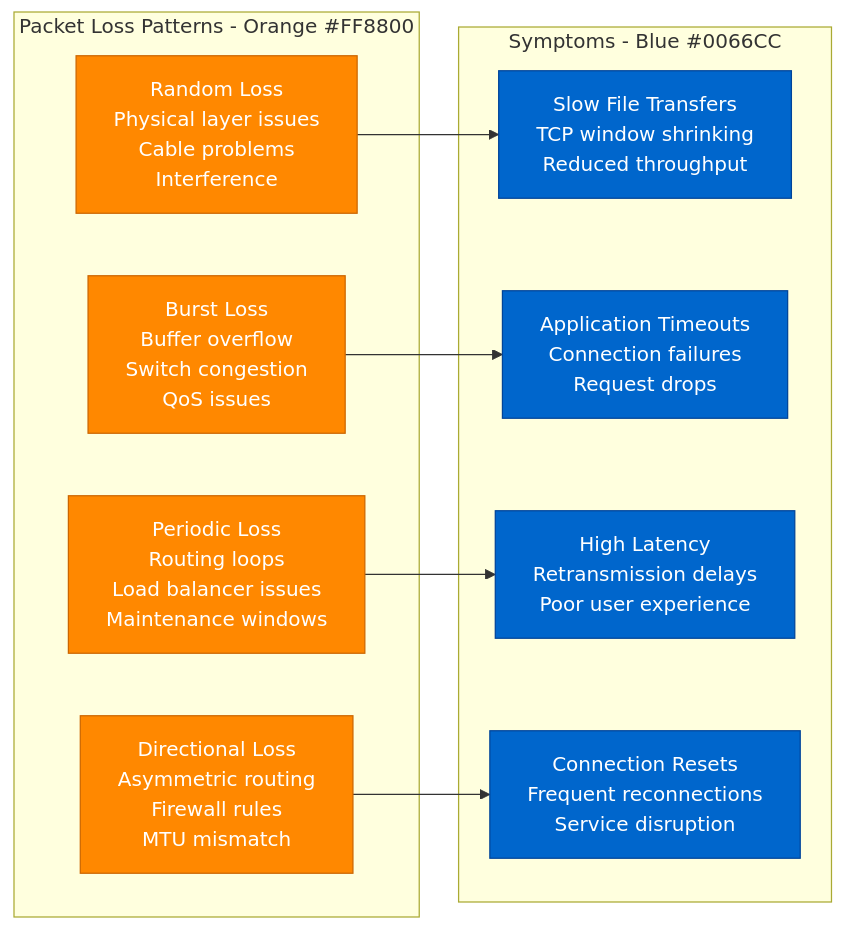
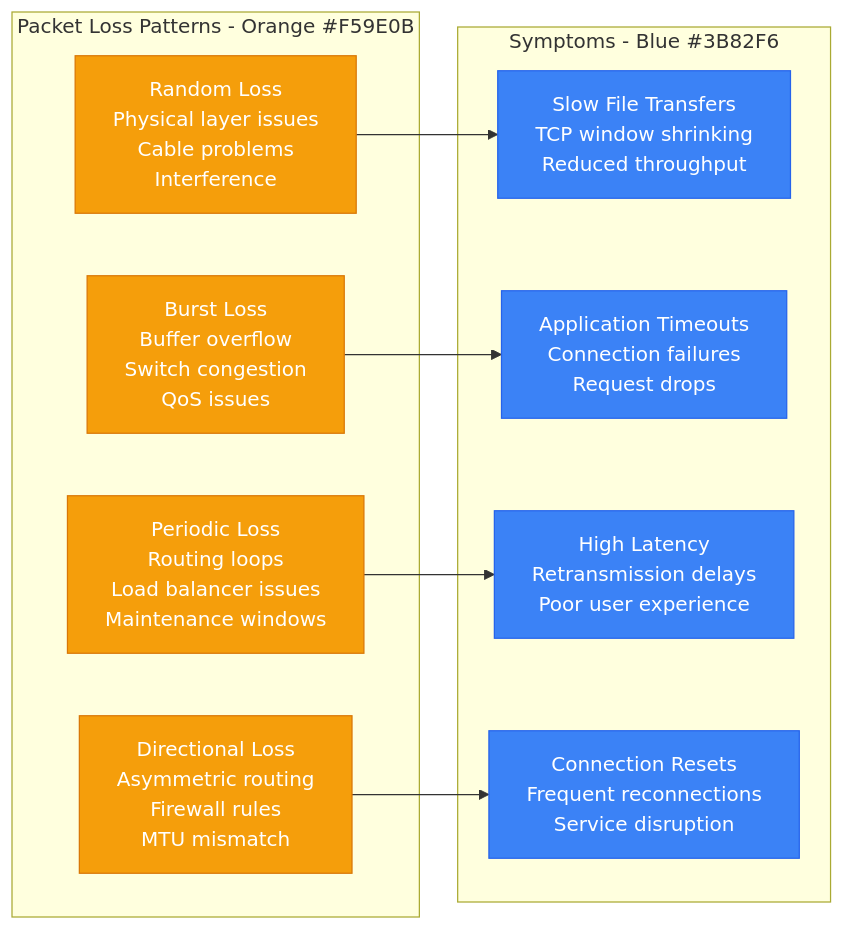
Before and after one commit to deepaucksharma/DS: the third of 3 diagrams in site/docs/debugging/network-packet-loss-debugging.md, drawn with Mermaid. The commit also changed other lines of this file and 187 other files, not shown here.

````diff
--- a/site/docs/debugging/network-packet-loss-debugging.md
+++ b/site/docs/debugging/network-packet-loss-debugging.md
@@ -181,27 +181,27 @@
 ```mermaid
 graph LR
-    subgraph LossPatterns[Packet Loss Patterns - Orange #FF8800]
+    subgraph LossPatterns[Packet Loss Patterns - Orange #F59E0B]
         RANDOM_LOSS[Random Loss<br/>Physical layer issues<br/>Cable problems<br/>Interference]
         BURST_LOSS[Burst Loss<br/>Buffer overflow<br/>Switch congestion<br/>QoS issues]
         PERIODIC_LOSS[Periodic Loss<br/>Routing loops<br/>Load balancer issues<br/>Maintenance windows]
         DIRECTIONAL_LOSS[Directional Loss<br/>Asymmetric routing<br/>Firewall rules<br/>MTU mismatch]
     end
 
-    subgraph Symptoms[Symptoms - Blue #0066CC]
+    subgraph Symptoms[Symptoms - Blue #3B82F6]
         SLOW_TRANSFER[Slow File Transfers<br/>TCP window shrinking<br/>Reduced throughput]
         APP_TIMEOUTS[Application Timeouts<br/>Connection failures<br/>Request drops]
         HIGH_LATENCY[High Latency<br/>Retransmission delays<br/>Poor user experience]
         CONNECTION_RESETS[Connection Resets<br/>Frequent reconnections<br/>Service disruption]
     end
 
     RANDOM_LOSS --> SLOW_TRANSFER
     BURST_LOSS --> APP_TIMEOUTS
     PERIODIC_LOSS --> HIGH_LATENCY
     DIRECTIONAL_LOSS --> CONNECTION_RESETS
 
-    classDef patternStyle fill:#FF8800,stroke:#CC6600,color:#fff
-    classDef symptomStyle fill:#0066CC,stroke:#004499,color:#fff
+    classDef patternStyle fill:#F59E0B,stroke:#D97706,color:#fff
+    classDef symptomStyle fill:#3B82F6,stroke:#2563EB,color:#fff
 
     class RANDOM_LOSS,BURST_LOSS,PERIODIC_LOSS,DIRECTIONAL_LOSS patternStyle
     class SLOW_TRANSFER,APP_TIMEOUTS,HIGH_LATENCY,CONNECTION_RESETS symptomStyle
 ```
````
